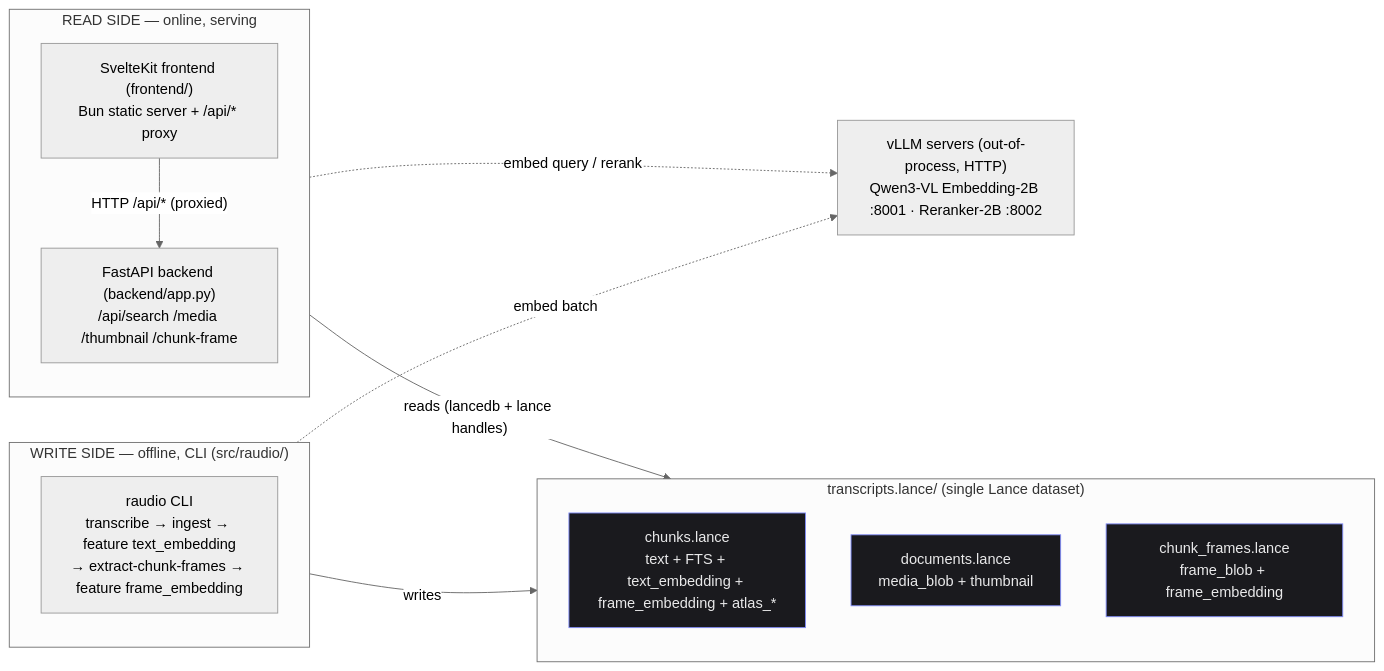
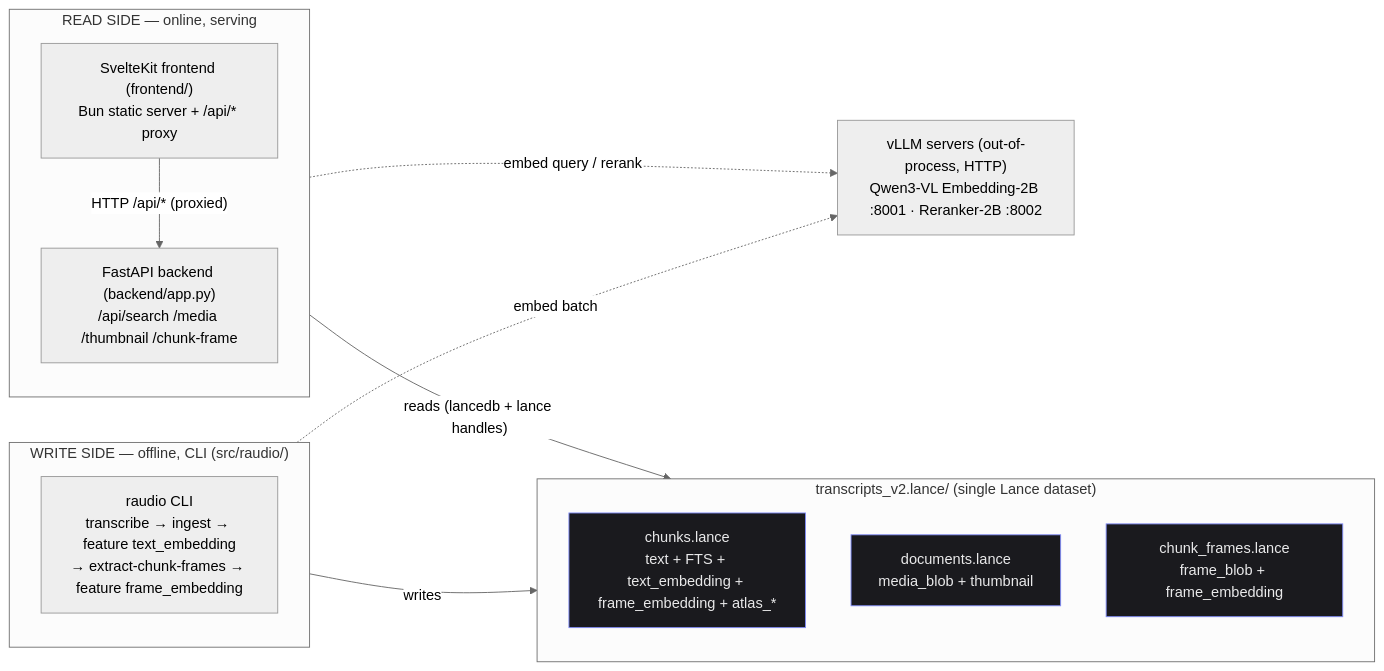
The first of 4 diagrams in docs/GUIDE.md (Borg93/lance-audio-demo), drawn with Mermaid (neutral theme) before and after one commit. The commit also changed other lines of this file and 8 other files, not shown here.

````diff
--- a/docs/GUIDE.md
+++ b/docs/GUIDE.md
@@ -31,31 +31,31 @@
 ```mermaid
 flowchart LR
     subgraph WRITE["WRITE SIDE — offline, CLI (src/raudio/)"]
         direction TB
         CLI["raudio CLI<br/>transcribe → ingest → feature text_embedding<br/>→ extract-chunk-frames → feature frame_embedding"]
     end
 
-    subgraph DB["transcripts.lance/ (single Lance dataset)"]
+    subgraph DB["transcripts_v2.lance/ (single Lance dataset)"]
         direction TB
         T1["chunks.lance<br/>text + FTS + text_embedding + frame_embedding + atlas_*"]
         T2["documents.lance<br/>media_blob + thumbnail"]
         T3["chunk_frames.lance<br/>frame_blob + frame_embedding"]
     end
 
     subgraph READ["READ SIDE — online, serving"]
         direction TB
         FE["SvelteKit frontend (frontend/)<br/>Bun static server + /api/* proxy"]
         BE["FastAPI backend (backend/app.py)<br/>/api/search /media /thumbnail /chunk-frame"]
         FE -->|"HTTP /api/* (proxied)"| BE
     end
 
     VLLM["vLLM servers (out-of-process, HTTP)<br/>Qwen3-VL Embedding-2B :8001 · Reranker-2B :8002"]
 
     CLI -->|writes| DB
     BE -->|"reads (lancedb + lance handles)"| DB
     CLI -.->|embed batch| VLLM
     BE -.->|"embed query / rerank"| VLLM
 
     classDef store fill:#1a1a1e,stroke:#818cf8,color:#e9e9ea;
     class T1,T2,T3 store;
 ```
````
